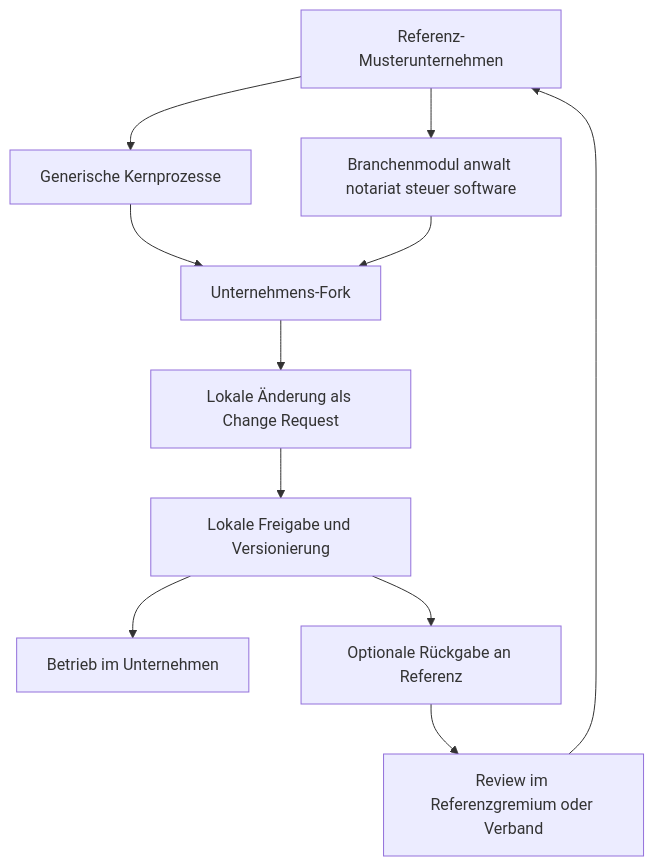
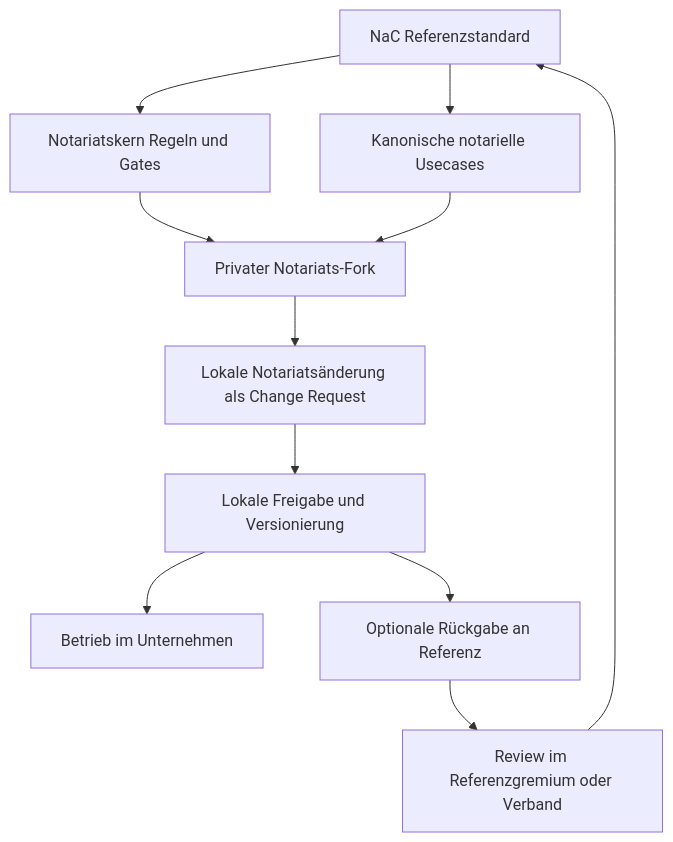
Before and after one commit to notariat8/NaC: the fourth of 4 diagrams in docs/de/architecture.md, drawn with Mermaid. The commit also changed other lines of this file and 175 other files, not shown here.

````diff
--- a/docs/de/architecture.md
+++ b/docs/de/architecture.md
@@ -99,13 +99,13 @@
 ```mermaid
 flowchart TD
-    RefModel["Referenz-Musterunternehmen"] --> BranchPack["Branchenmodul anwalt notariat steuer software"]
-    RefModel --> GenericPack["Generische Kernprozesse"]
-    GenericPack --> CompanyFork["Unternehmens-Fork"]
-    BranchPack --> CompanyFork
-    CompanyFork --> LocalChange["Lokale Änderung als Change Request"]
+    RefModel["NaC Referenzstandard"] --> Usecases["Kanonische notarielle Usecases"]
+    RefModel --> CoreRules["Notariatskern Regeln und Gates"]
+    CoreRules --> CompanyFork["Privater Notariats-Fork"]
+    Usecases --> CompanyFork
+    CompanyFork --> LocalChange["Lokale Notariatsänderung als Change Request"]
     LocalChange --> LocalApprove["Lokale Freigabe und Versionierung"]
     LocalApprove --> CompanyRun["Betrieb im Unternehmen"]
     LocalApprove --> UpstreamProposal["Optionale Rückgabe an Referenz"]
     UpstreamProposal --> RefReview["Review im Referenzgremium oder Verband"]
     RefReview --> RefModel
 ```
````
